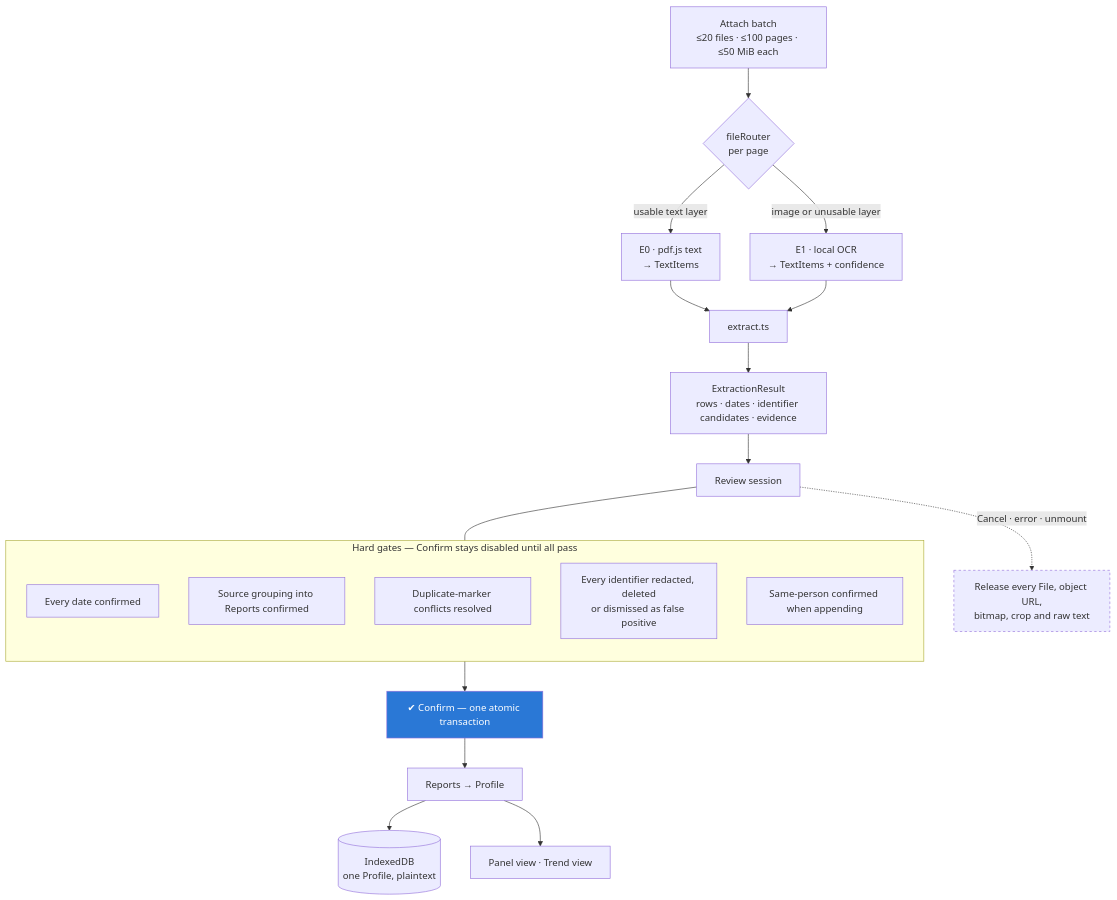
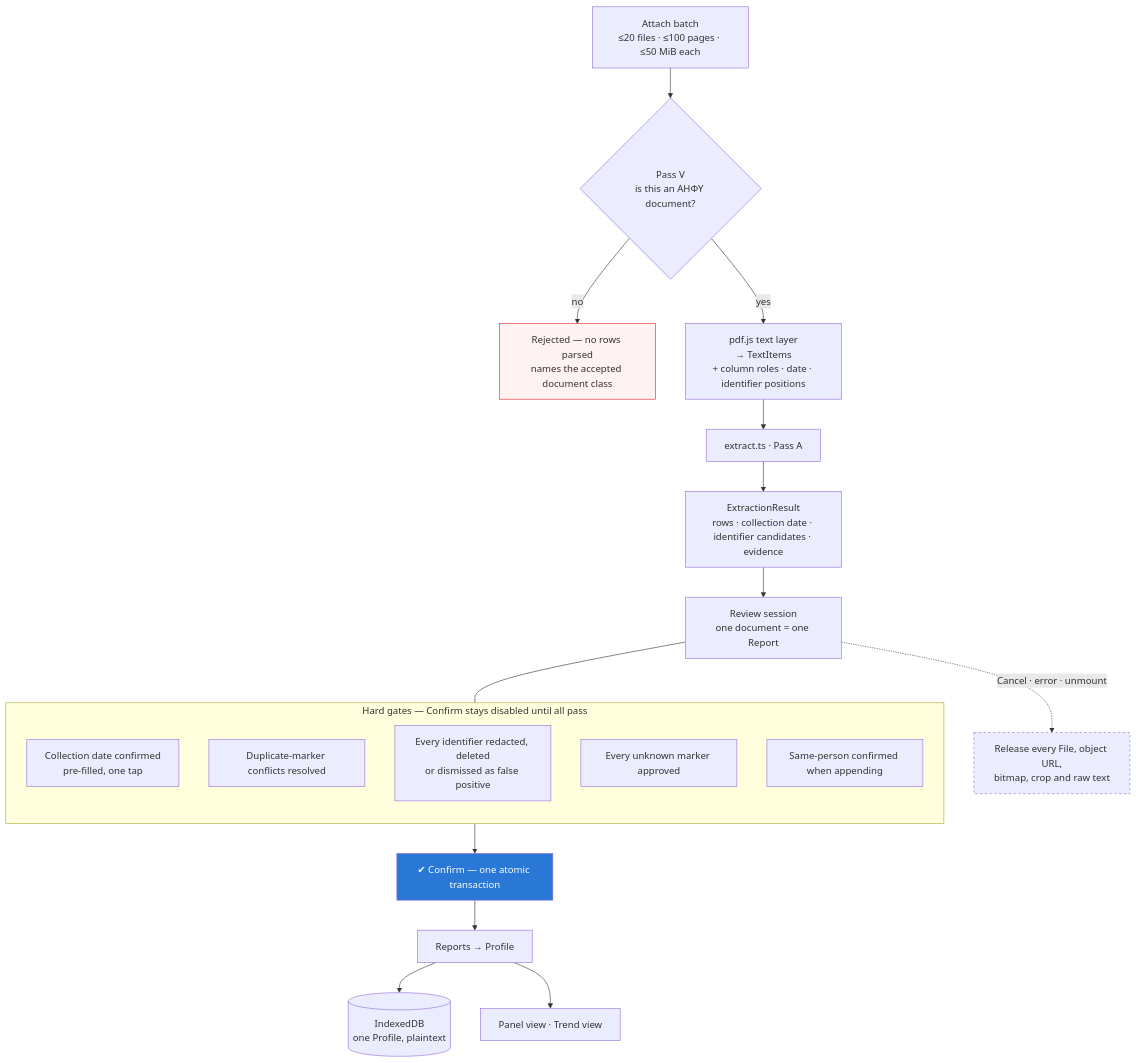
The second of 5 diagrams in README.md (vdassios/Medigraph), drawn with Mermaid before and after one commit. The commit also changed other lines of this file, not shown here.

First line of the commit message:
docs(readme): rewrite for ΑΗΦΥ-only input and categorical results

````diff
--- a/README.md
+++ b/README.md
@@ -76,29 +118,29 @@
 ```mermaid
 flowchart TD
-  A["Attach batch<br/>≤20 files · ≤100 pages · ≤50 MiB each"] --> B{"fileRouter<br/>per page"}
-  B -->|"usable text layer"| E0["E0 · pdf.js text<br/>→ TextItems"]
-  B -->|"image or unusable layer"| E1["E1 · local OCR<br/>→ TextItems + confidence"]
-  E0 --> P["extract.ts"]
-  E1 --> P
-  P --> R["ExtractionResult<br/>rows · dates · identifier candidates · evidence"]
-  R --> RV["Review session"]
+  A["Attach batch<br/>≤20 files · ≤100 pages · ≤50 MiB each"] --> B{"Pass V<br/>is this an ΑΗΦΥ document?"}
+  B -->|"no"| RJ["Rejected — no rows parsed<br/>names the accepted document class"]
+  B -->|"yes"| E0["pdf.js text layer<br/>→ TextItems<br/>+ column roles · date · identifier positions"]
+  E0 --> P["extract.ts · Pass A"]
+  P --> R["ExtractionResult<br/>rows · collection date · identifier candidates · evidence"]
+  R --> RV["Review session<br/>one document = one Report"]
 
   subgraph gates["Hard gates — Confirm stays disabled until all pass"]
     direction TB
-    G1["Every date confirmed"]
-    G2["Source grouping into Reports confirmed"]
+    G1["Collection date confirmed<br/>pre-filled, one tap"]
     G3["Duplicate-marker conflicts resolved"]
     G4["Every identifier redacted, deleted<br/>or dismissed as false positive"]
+    G6["Every unknown marker approved"]
     G5["Same-person confirmed when appending"]
   end
 
   RV --- gates
   gates --> C["✔ Confirm — one atomic transaction"]
   C --> PR["Reports → Profile"]
   PR --> DB[("IndexedDB<br/>one Profile, plaintext")]
   PR --> V["Panel view · Trend view"]
   RV -.->|"Cancel · error · unmount"| X["Release every File, object URL,<br/>bitmap, crop and raw text"]
 
   style C fill:#2a78d6,color:#fff
+  style RJ fill:#fef2f2,stroke:#dc2626
   style X stroke-dasharray: 4 4
 ```
````
